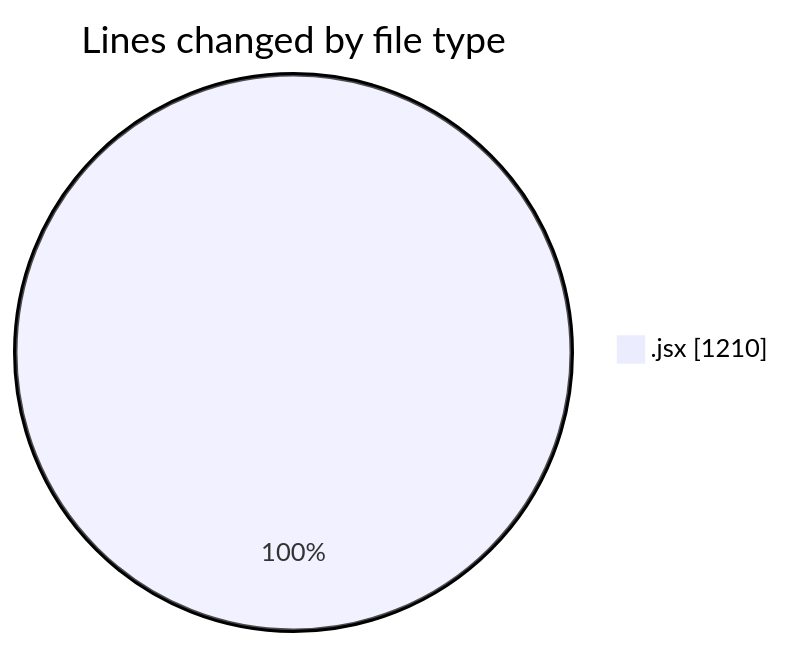
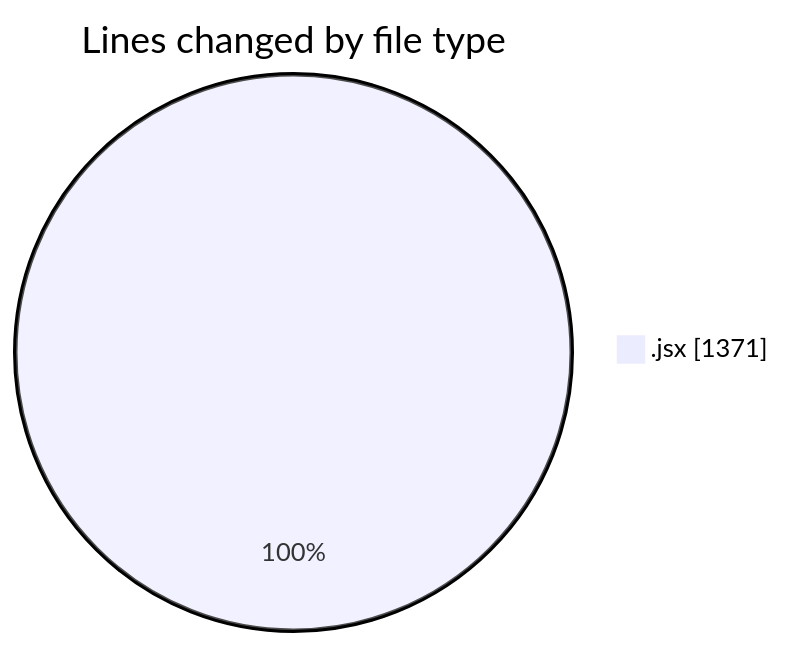
One commit to nxtqubesakshisongat/code-tracking changed the first of 2 diagrams in 2025-09-15/nxtqube_webapp/README.md. Above: the diagram before and after it, drawn with Mermaid. The commit also changed other lines of this file and 1 other file, not shown here.

````diff
--- a/2025-09-15/nxtqube_webapp/README.md
+++ b/2025-09-15/nxtqube_webapp/README.md
@@ -20,5 +21,5 @@
 ```mermaid
 pie showData
 title Lines changed by file type
-".jsx" : 1210
+".jsx" : 1371
 ```
````
